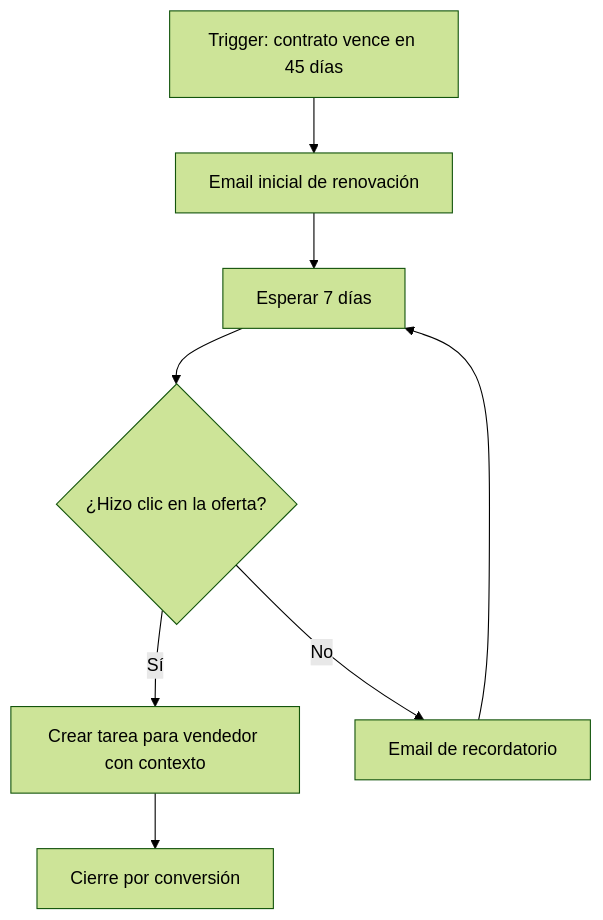
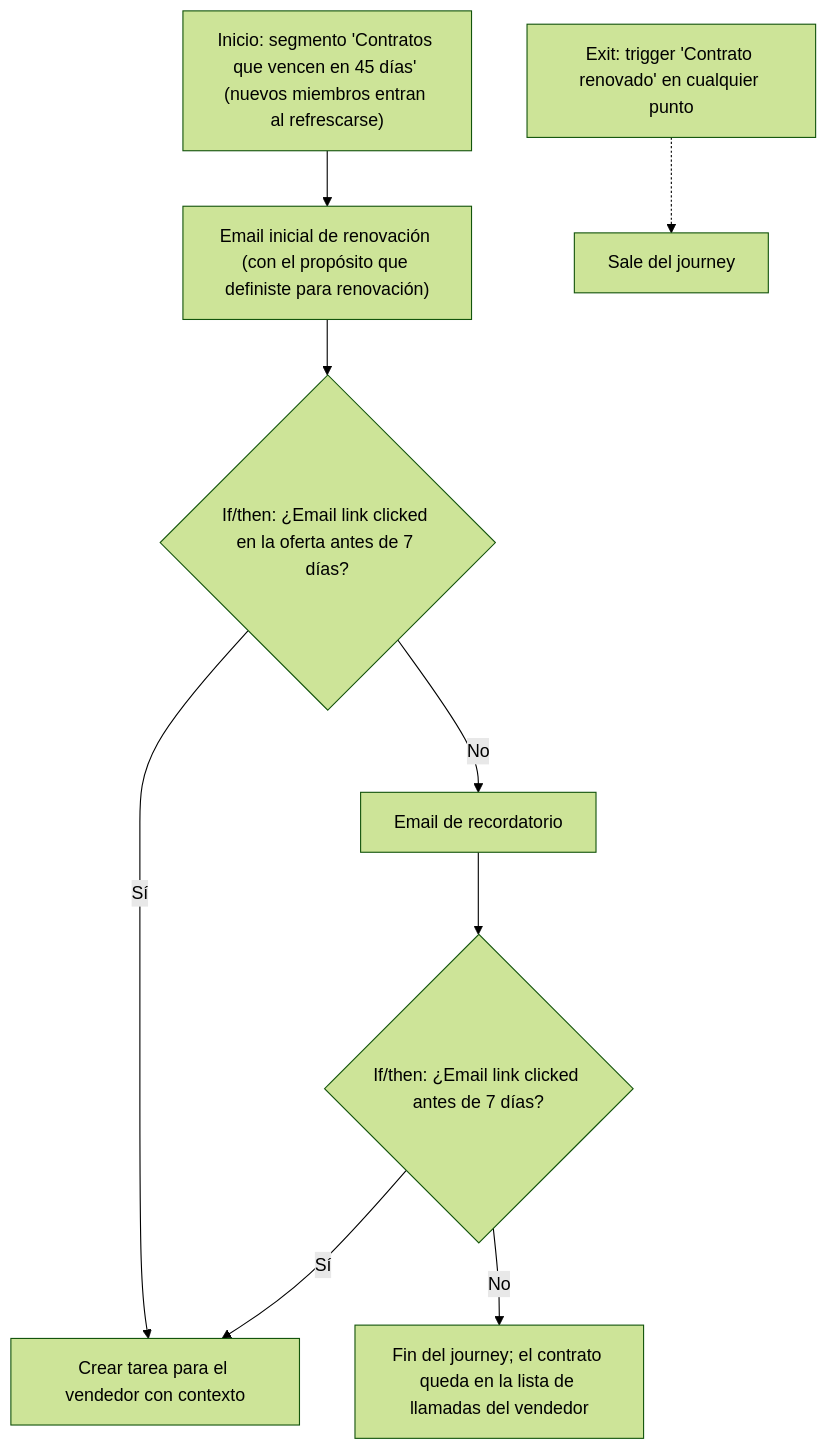
The diagram in app-elearning/content/modules/d365/64-customer-insights-journeys-real-time.md (EdwingAlarcon/PlanEstudio), drawn with Mermaid (forest theme) before and after one commit. The commit also changed other lines of this file and 132 other files, not shown here.

First line of the commit message:
Fase 7: Módulos 75 y 76 (RPA), cierre del rediseño aprender-haciendo al 76/76 (#9)

````diff
--- a/app-elearning/content/modules/d365/64-customer-insights-journeys-real-time.md
+++ b/app-elearning/content/modules/d365/64-customer-insights-journeys-real-time.md
@@ -33,10 +84,11 @@
    ```mermaid
    flowchart TD
-       A["Trigger: contrato vence en 45 días"] --> B["Email inicial de renovación"]
-       B --> C["Esperar 7 días"]
-       C --> D{"¿Hizo clic en la oferta?"}
-       D -->|Sí| E["Crear tarea para vendedor con contexto"]
-       D -->|No| F["Email de recordatorio"]
-       E --> G["Cierre por conversión"]
-       F --> C
+       A["Inicio: segmento 'Contratos que vencen en 45 días' (nuevos miembros entran al refrescarse)"] --> B["Email inicial de renovación (con el propósito que definiste para renovación)"]
+       B --> C{"If/then: ¿Email link clicked en la oferta antes de 7 días?"}
+       C -->|Sí| E["Crear tarea para el vendedor con contexto"]
+       C -->|No| F["Email de recordatorio"]
+       F --> G{"If/then: ¿Email link clicked antes de 7 días?"}
+       G -->|Sí| E
+       G -->|No| H["Fin del journey; el contrato queda en la lista de llamadas del vendedor"]
+       X["Exit: trigger 'Contrato renovado' en cualquier punto"] -.-> Z["Sale del journey"]
    ```
````
